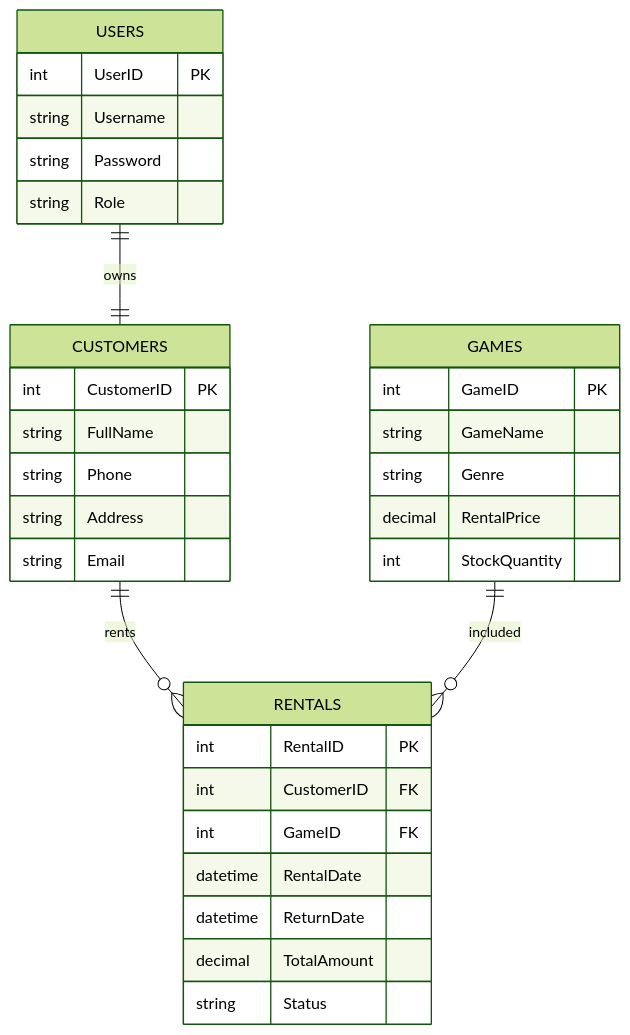
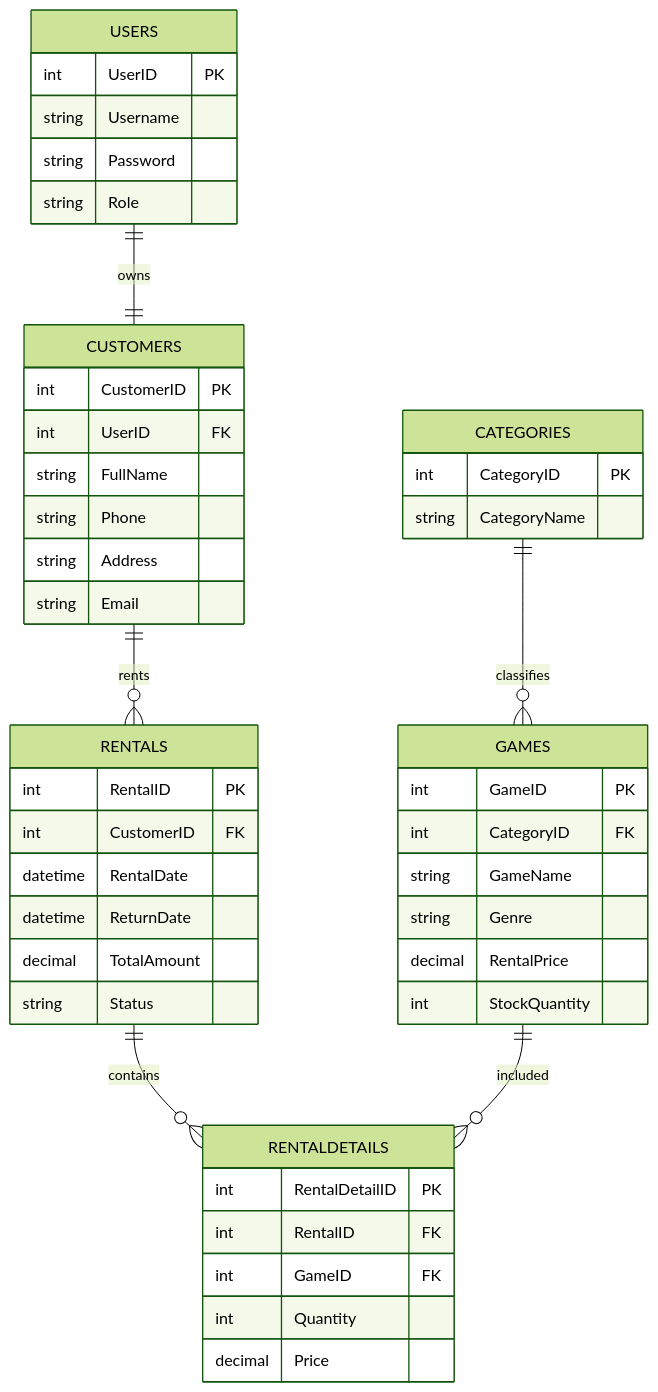
One commit to sincoscaigico/GameRentalManagementSystem changed the second of 2 diagrams in README.md. Above: the diagram before and after it, drawn with Mermaid (forest theme).

````diff
--- a/README.md
+++ b/README.md
@@ -223,40 +223,60 @@
 ```mermaid
 erDiagram
 
     USERS {
         int UserID PK
         string Username
         string Password
         string Role
     }
 
     CUSTOMERS {
         int CustomerID PK
+        int UserID FK
         string FullName
         string Phone
         string Address
         string Email
     }
 
+    CATEGORIES {
+        int CategoryID PK
+        string CategoryName
+    }
+
     GAMES {
         int GameID PK
+        int CategoryID FK
         string GameName
         string Genre
         decimal RentalPrice
         int StockQuantity
     }
 
     RENTALS {
         int RentalID PK
         int CustomerID FK
-        int GameID FK
         datetime RentalDate
         datetime ReturnDate
         decimal TotalAmount
         string Status
     }
 
+    RENTALDETAILS {
+        int RentalDetailID PK
+        int RentalID FK
+        int GameID FK
+        int Quantity
+        decimal Price
+    }
+
     USERS ||--|| CUSTOMERS : owns
+
     CUSTOMERS ||--o{ RENTALS : rents
-    GAMES ||--o{ RENTALS : included
+
+    RENTALS ||--o{ RENTALDETAILS : contains
+
+    GAMES ||--o{ RENTALDETAILS : included
+
+    CATEGORIES ||--o{ GAMES : classifies
 ```
````
